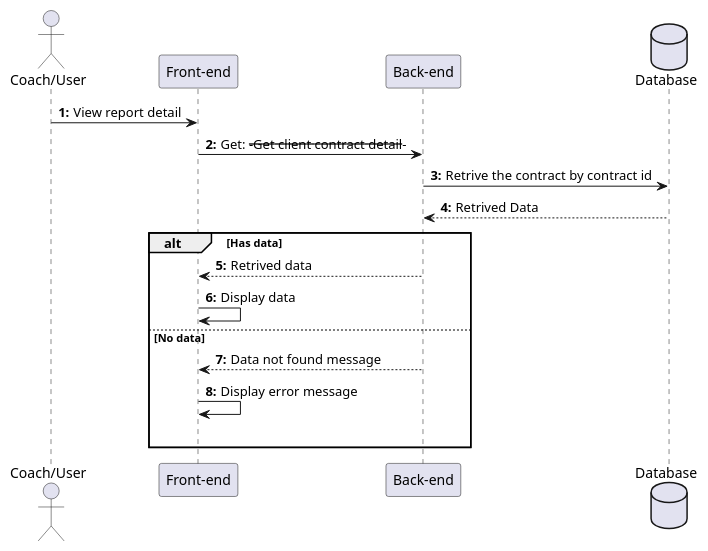
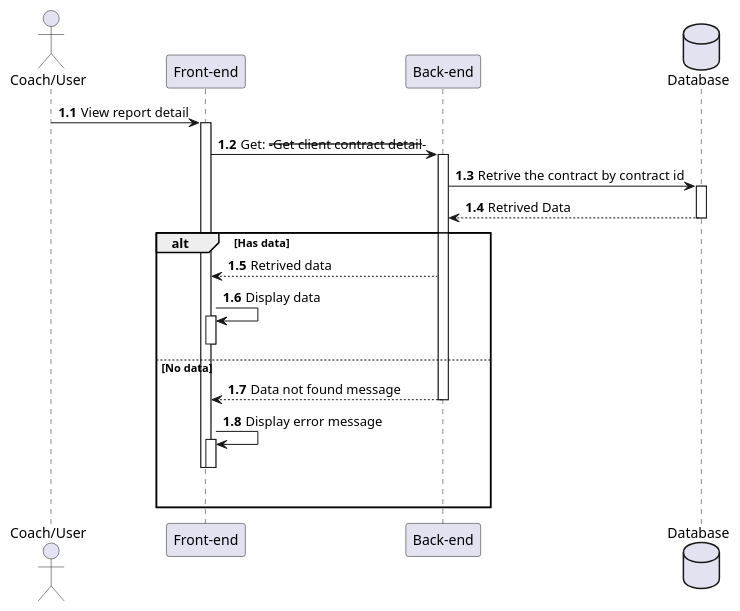
The diagram in Sequences_diagrams/ViewContractDetail.pu (HTPhong-276/iCoaching-Diagrams), drawn with PlantUML before and after one commit. The commit also changed 49 other files, not shown here.

```diff
--- a/Sequences_diagrams/ViewContractDetail.pu
+++ b/Sequences_diagrams/ViewContractDetail.pu
@@ -1,24 +1,29 @@
 @startuml ViewContractDetail
 
 actor "Coach/User" as user
 participant "Front-end" as client
 participant "Back-end" as server 
 database "Database" as db
 
-autonumber "<b>0:"
+autonumber 1.1 "<b>0:"
 
-user -> client : View report detail
-client -> server : Get: ---Get client contract detail--- 
-server -> db : Retrive the contract by contract id
+user -> client++ : View report detail
+client -> server++ : Get: ---Get client contract detail--- 
+server -> db++ : Retrive the contract by contract id
 db --> server : Retrived Data
+deactivate
 
 alt Has data
     server --> client : Retrived data
-    client -> client : Display data
+    client -> client++ : Display data
+    deactivate
 
 else No data
     server --> client : Data not found message
-    client -> client : Display error message 
+    deactivate
+    client -> client++ : Display error message 
+    deactivate
+    deactivate
     |||
 end 
 @enduml
```
